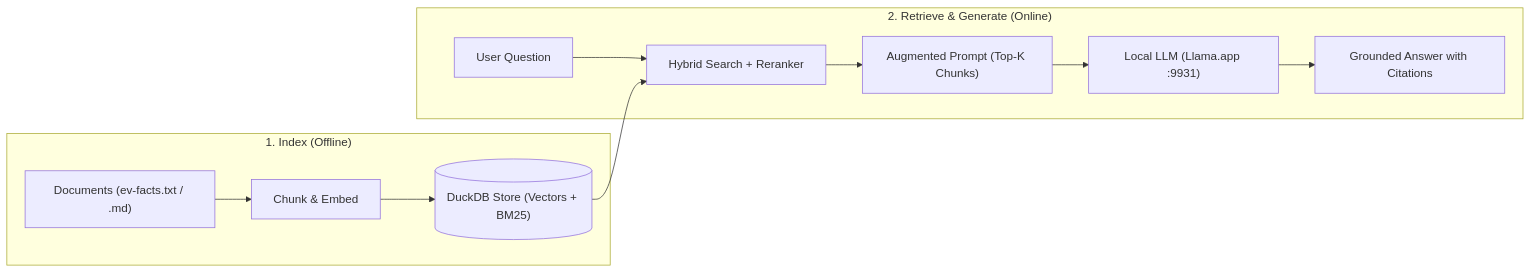
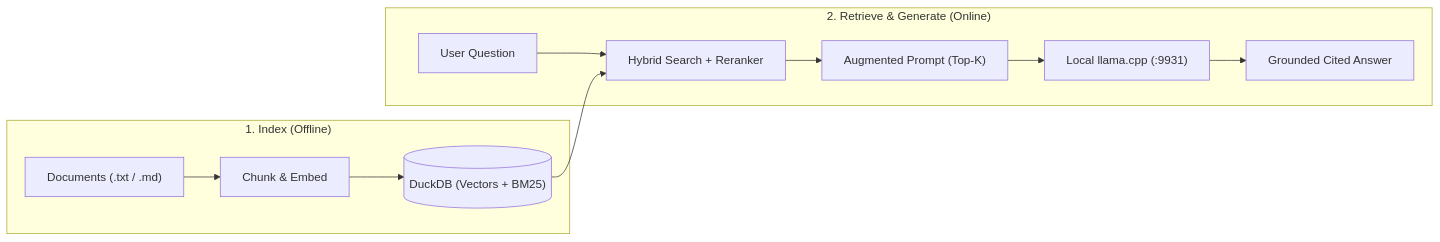
The diagram in README.md (NewGuy012/rag-tutor), drawn with Mermaid before and after one commit. The commit also changed other lines of this file, not shown here.

````diff
--- a/README.md
+++ b/README.md
@@ -94,15 +62,15 @@
 ```mermaid
 flowchart LR
     subgraph Index["1. Index (Offline)"]
-        Docs["Documents (ev-facts.txt / .md)"] --> Split["Chunk & Embed"]
-        Split --> DB[("DuckDB Store (Vectors + BM25)")]
+        Docs["Documents (.txt / .md)"] --> Split["Chunk & Embed"]
+        Split --> DB[("DuckDB (Vectors + BM25)")]
     end
 
     subgraph Ask["2. Retrieve & Generate (Online)"]
         Q["User Question"] --> Search["Hybrid Search + Reranker"]
         DB --> Search
-        Search --> Prompt["Augmented Prompt (Top-K Chunks)"]
-        Prompt --> LLM["Local LLM (Llama.app :9931)"]
-        LLM --> Ans["Grounded Answer with Citations"]
+        Search --> Prompt["Augmented Prompt (Top-K)"]
+        Prompt --> LLM["Local llama.cpp (:9931)"]
+        LLM --> Ans["Grounded Cited Answer"]
     end
 ```
````
